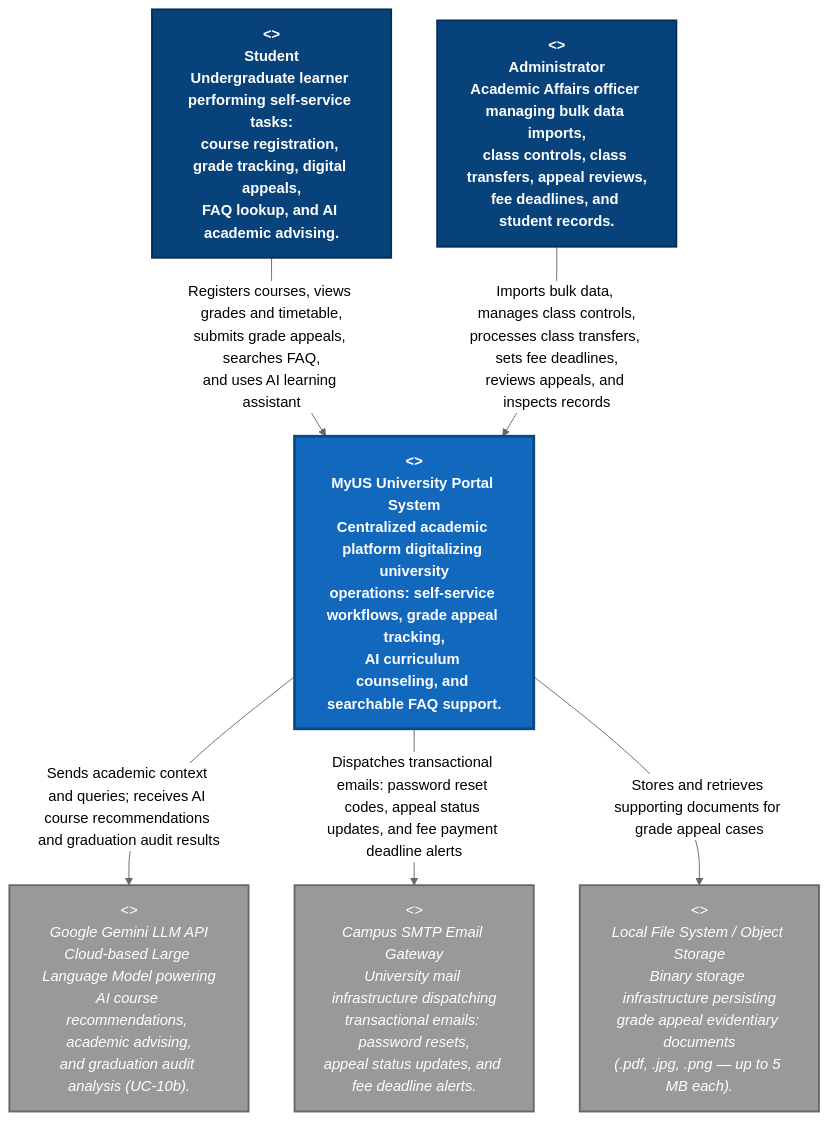
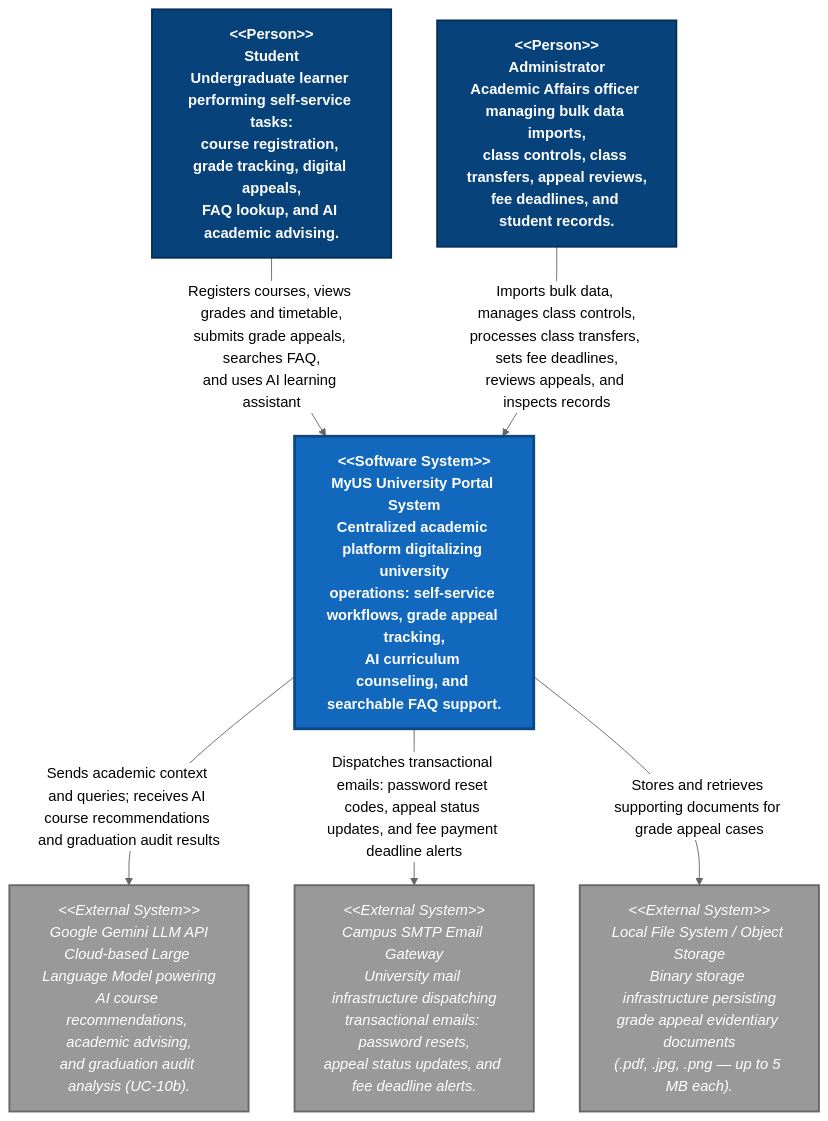
Before and after one commit to ltny24/Software-Engineering---Group-6: the diagram in docs/analysis-and-design/Section_B_System_Architecture.md, drawn with Mermaid (neutral theme). The commit also changed other lines of this file and 4 other files, not shown here.

Commit message:
fix mermaid display and readme

````diff
--- a/docs/analysis-and-design/Section_B_System_Architecture.md
+++ b/docs/analysis-and-design/Section_B_System_Architecture.md
@@ -470,30 +470,30 @@
 ```mermaid
 flowchart TB
     classDef person fill:#08427b,stroke:#052e56,stroke-width:2px,color:#ffffff,font-weight:bold
     classDef system fill:#1168bd,stroke:#0b4884,stroke-width:3px,color:#ffffff,font-weight:bold
     classDef external fill:#999999,stroke:#666666,stroke-width:2px,color:#ffffff,font-style:italic
 
     %% People — human users only (C4 Person stereotype)
-    Student["<<Person>><br/>Student<br/>Undergraduate learner performing self-service tasks:<br/>course registration, grade tracking, digital appeals,<br/>FAQ lookup, and AI academic advising."]:::person
+    Student["&lt;&lt;Person&gt;&gt;<br>Student<br>Undergraduate learner performing self-service tasks:<br>course registration, grade tracking, digital appeals,<br>FAQ lookup, and AI academic advising."]:::person
 
-    Admin["<<Person>><br/>Administrator<br/>Academic Affairs officer managing bulk data imports,<br/>class controls, class transfers, appeal reviews,<br/>fee deadlines, and student records."]:::person
+    Admin["&lt;&lt;Person&gt;&gt;<br>Administrator<br>Academic Affairs officer managing bulk data imports,<br>class controls, class transfers, appeal reviews,<br>fee deadlines, and student records."]:::person
 
     %% Target Software System
-    MyUS["<<Software System>><br/>MyUS University Portal System<br/>Centralized academic platform digitalizing university<br/>operations: self-service workflows, grade appeal tracking,<br/>AI curriculum counseling, and searchable FAQ support."]:::system
+    MyUS["&lt;&lt;Software System&gt;&gt;<br>MyUS University Portal System<br>Centralized academic platform digitalizing university<br>operations: self-service workflows, grade appeal tracking,<br>AI curriculum counseling, and searchable FAQ support."]:::system
 
     %% External Software Systems
-    GeminiAI["<<External System>><br/>Google Gemini LLM API<br/>Cloud-based Large Language Model powering<br/>AI course recommendations, academic advising,<br/>and graduation audit analysis (UC-10b)."]:::external
+    GeminiAI["&lt;&lt;External System&gt;&gt;<br>Google Gemini LLM API<br>Cloud-based Large Language Model powering<br>AI course recommendations, academic advising,<br>and graduation audit analysis (UC-10b)."]:::external
 
-    EmailGateway["<<External System>><br/>Campus SMTP Email Gateway<br/>University mail infrastructure dispatching<br/>transactional emails: password resets,<br/>appeal status updates, and fee deadline alerts."]:::external
+    EmailGateway["&lt;&lt;External System&gt;&gt;<br>Campus SMTP Email Gateway<br>University mail infrastructure dispatching<br>transactional emails: password resets,<br>appeal status updates, and fee deadline alerts."]:::external
 
-    FileStorage["<<External System>><br/>Local File System / Object Storage<br/>Binary storage infrastructure persisting<br/>grade appeal evidentiary documents<br/>(.pdf, .jpg, .png — up to 5 MB each)."]:::external
+    FileStorage["&lt;&lt;External System&gt;&gt;<br>Local File System / Object Storage<br>Binary storage infrastructure persisting<br>grade appeal evidentiary documents<br>(.pdf, .jpg, .png — up to 5 MB each)."]:::external
 
     %% Relationships — users interact with the system
-    Student -->|"Registers courses, views grades and timetable,<br/>submits grade appeals, searches FAQ,<br/>and uses AI learning assistant"| MyUS
-    Admin -->|"Imports bulk data, manages class controls,<br/>processes class transfers, sets fee deadlines,<br/>reviews appeals, and inspects records"| MyUS
+    Student -->|"Registers courses, views grades and timetable,<br>submits grade appeals, searches FAQ,<br>and uses AI learning assistant"| MyUS
+    Admin -->|"Imports bulk data, manages class controls,<br>processes class transfers, sets fee deadlines,<br>reviews appeals, and inspects records"| MyUS
 
     %% Relationships — system uses external services
     MyUS -->|"Sends academic context and queries; receives AI course recommendations and graduation audit results"| GeminiAI
     MyUS -->|"Dispatches transactional emails: password reset codes, appeal status updates, and fee payment deadline alerts"| EmailGateway
     MyUS -->|"Stores and retrieves supporting documents for grade appeal cases"| FileStorage
 ```
````
